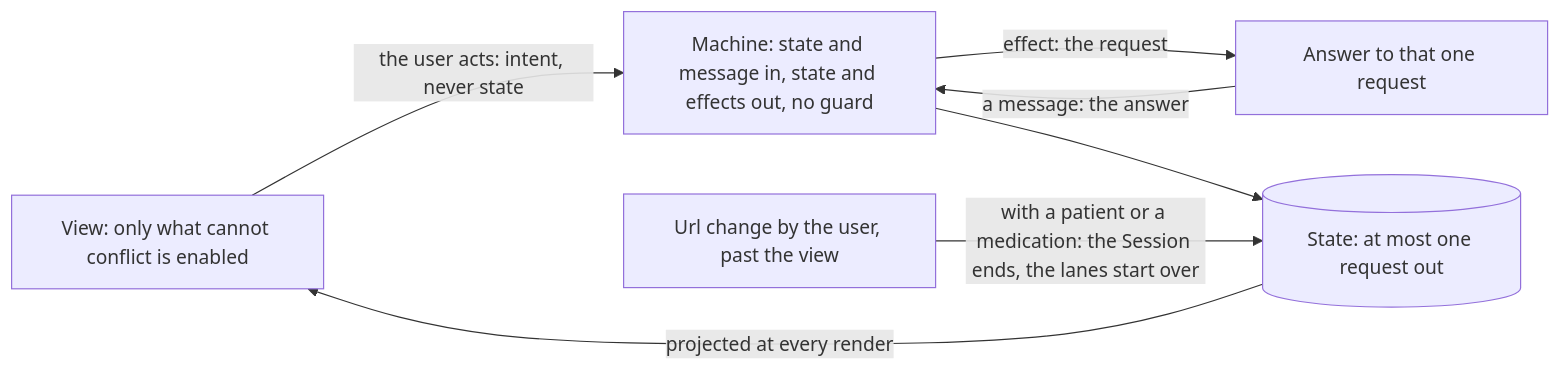
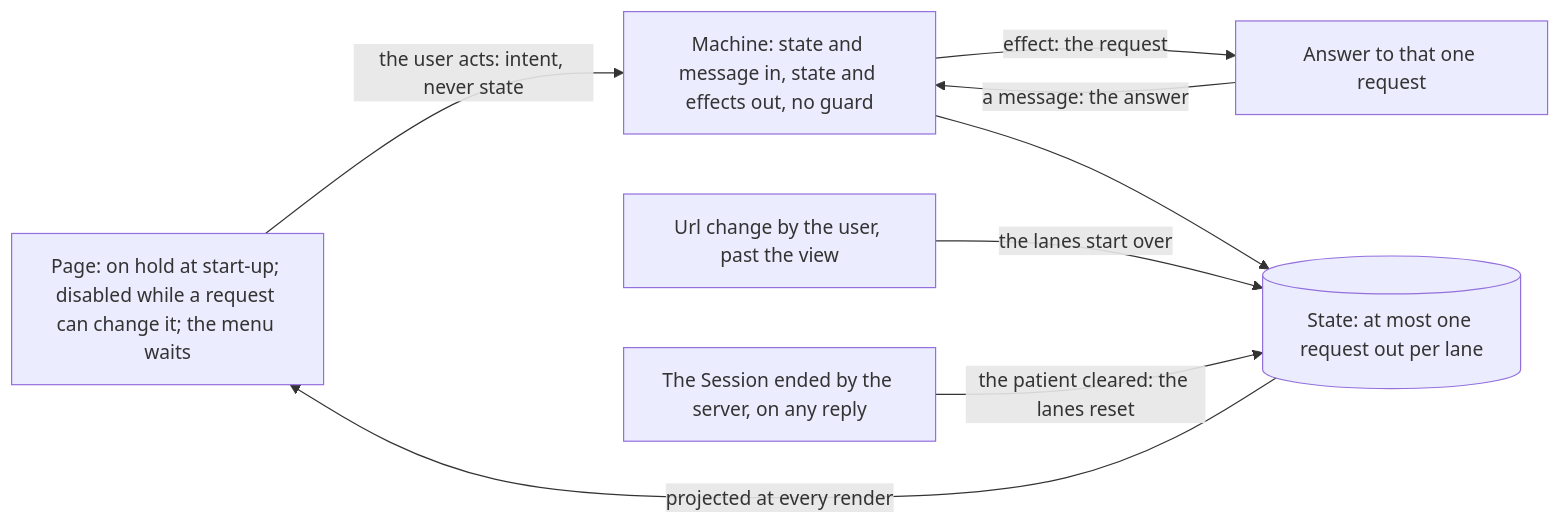
Before and after one commit to informedica/GenPRES: the diagram in docs/implementation-plans/1224-the-order-machines-simplified.md, drawn with Mermaid. The commit also changed other lines of this file, not shown here.

First line of the commit message:
docs: hold the start-up and rule the pages in the machines plan

````diff
--- a/docs/implementation-plans/1224-the-order-machines-simplified.md
+++ b/docs/implementation-plans/1224-the-order-machines-simplified.md
@@ -32,15 +37,17 @@
 ```mermaid
 flowchart LR
-    View["View: only what cannot conflict is enabled"]
+    View["Page: on hold at start-up; disabled while a request can change it; the menu waits"]
     Machine["Machine: state and message in, state and effects out, no guard"]
-    State[("State: at most one request out")]
+    State[("State: at most one request out per lane")]
     Answer["Answer to that one request"]
     Url["Url change by the user, past the view"]
+    Ended["The Session ended by the server, on any reply"]
 
     View -- "the user acts: intent, never state" --> Machine
     Machine -- "effect: the request" --> Answer
     Answer -- "a message: the answer" --> Machine
     Machine --> State
-    Url -- "with a patient or a medication: the Session ends, the lanes start over" --> State
+    Url -- "the lanes start over" --> State
+    Ended -- "the patient cleared: the lanes reset" --> State
     State -- "projected at every render" --> View
 ```
````
